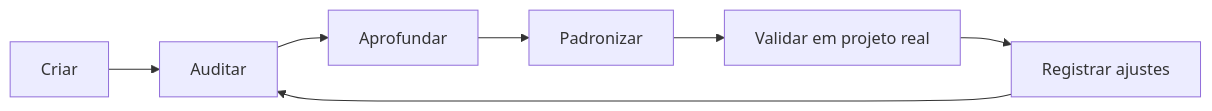
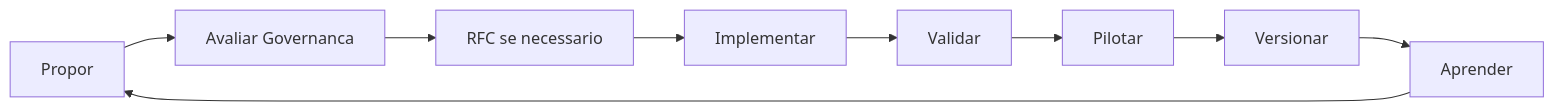
The diagram in ROADMAP.md (thyags/method-ceip), drawn with Mermaid before and after one commit. The commit also changed other lines of this file and 15 other files, not shown here.

````diff
--- a/ROADMAP.md
+++ b/ROADMAP.md
@@ -51,9 +83,11 @@
 ```mermaid
 flowchart LR
-    A["Criar"] --> B["Auditar"]
-    B --> C["Aprofundar"]
-    C --> D["Padronizar"]
-    D --> E["Validar em projeto real"]
-    E --> F["Registrar ajustes"]
-    F --> B
+    A["Propor"] --> B["Avaliar Governanca"]
+    B --> C["RFC se necessario"]
+    C --> D["Implementar"]
+    D --> E["Validar"]
+    E --> F["Pilotar"]
+    F --> G["Versionar"]
+    G --> H["Aprender"]
+    H --> A
 ```
````
